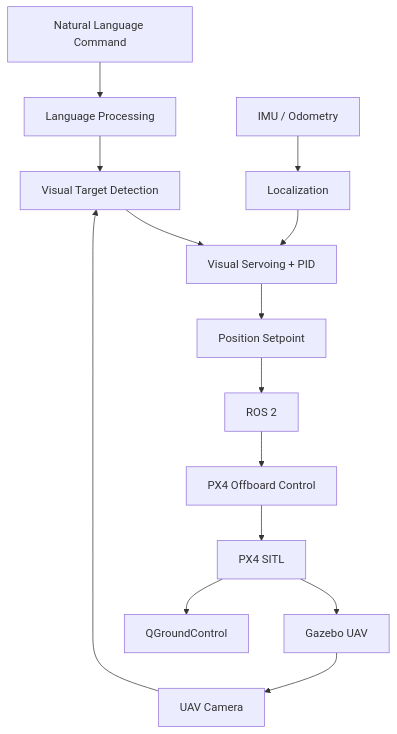
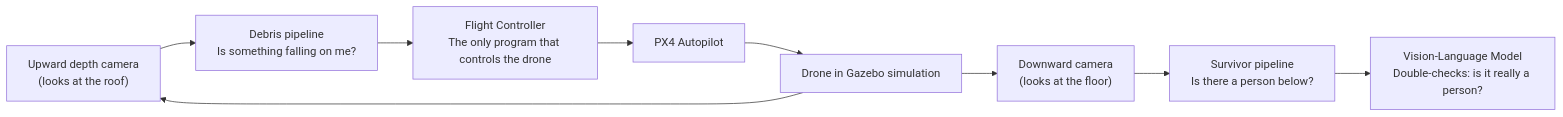
One commit to sandhiyaa031/Drones_S5_CD9_Vision_Language_UAV_Navigation changed the diagram in README.md. Above: the diagram before and after it, drawn with Mermaid. The commit also changed other lines of this file, not shown here.

````diff
--- a/README.md
+++ b/README.md
@@ -76,20 +99,11 @@
 ```mermaid
-flowchart TD
-    A["Natural Language Command"] --> B["Language Processing"]
-    B --> C["Visual Target Detection"]
-
-    D["UAV Camera"] --> C
-    C --> E["Visual Servoing + PID"]
-    E --> F["Position Setpoint"]
-
-    G["IMU / Odometry"] --> H["Localization"]
-    H --> E
-
-    F --> I["ROS 2"]
-    I --> J["PX4 Offboard Control"]
-    J --> K["PX4 SITL"]
-    K --> L["Gazebo UAV"]
-
-    L --> D
-    K --> M["QGroundControl"]
+flowchart LR
+    A["Upward depth camera<br/>(looks at the roof)"] --> B["Debris pipeline<br/>Is something falling on me?"]
+    C["Downward camera<br/>(looks at the floor)"] --> D["Survivor pipeline<br/>Is there a person below?"]
+    D --> E["Vision-Language Model<br/>Double-checks: is it really a person?"]
+    B --> F["Flight Controller<br/>The only program that controls the drone"]
+    F --> G["PX4 Autopilot"]
+    G --> H["Drone in Gazebo simulation"]
+    H --> A
+    H --> C
 ```
````
